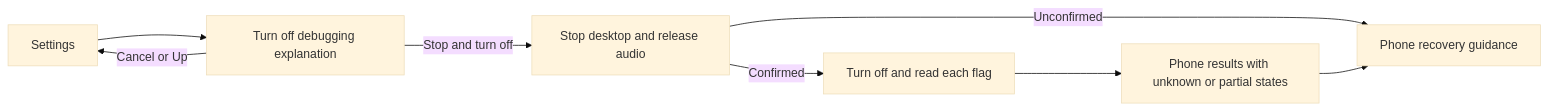
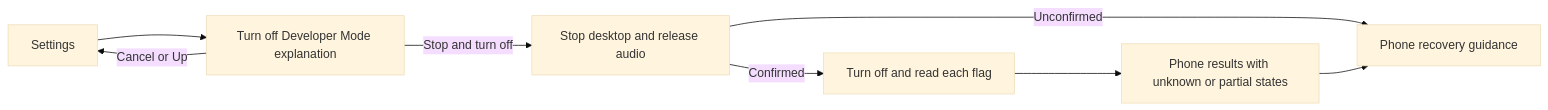
Before and after one commit to PhiLong-Ho/DexDroid: the diagram in docs/specs/debugging-off.md, drawn with Mermaid (base theme). The commit also changed other lines of this file and 82 other files, not shown here.

````diff
--- a/docs/specs/debugging-off.md
+++ b/docs/specs/debugging-off.md
@@ -91,10 +91,10 @@
 ```mermaid
 flowchart LR
-    Settings --> Confirm[Turn off debugging explanation]
+    Settings --> Confirm[Turn off Developer Mode explanation]
     Confirm -->|Cancel or Up| Settings
     Confirm -->|Stop and turn off| Cleanup[Stop desktop and release audio]
     Cleanup -->|Confirmed| Disable[Turn off and read each flag]
     Cleanup -->|Unconfirmed| Manual[Phone recovery guidance]
     Disable --> Result[Phone results with unknown or partial states]
     Result --> Manual
 ```
````
